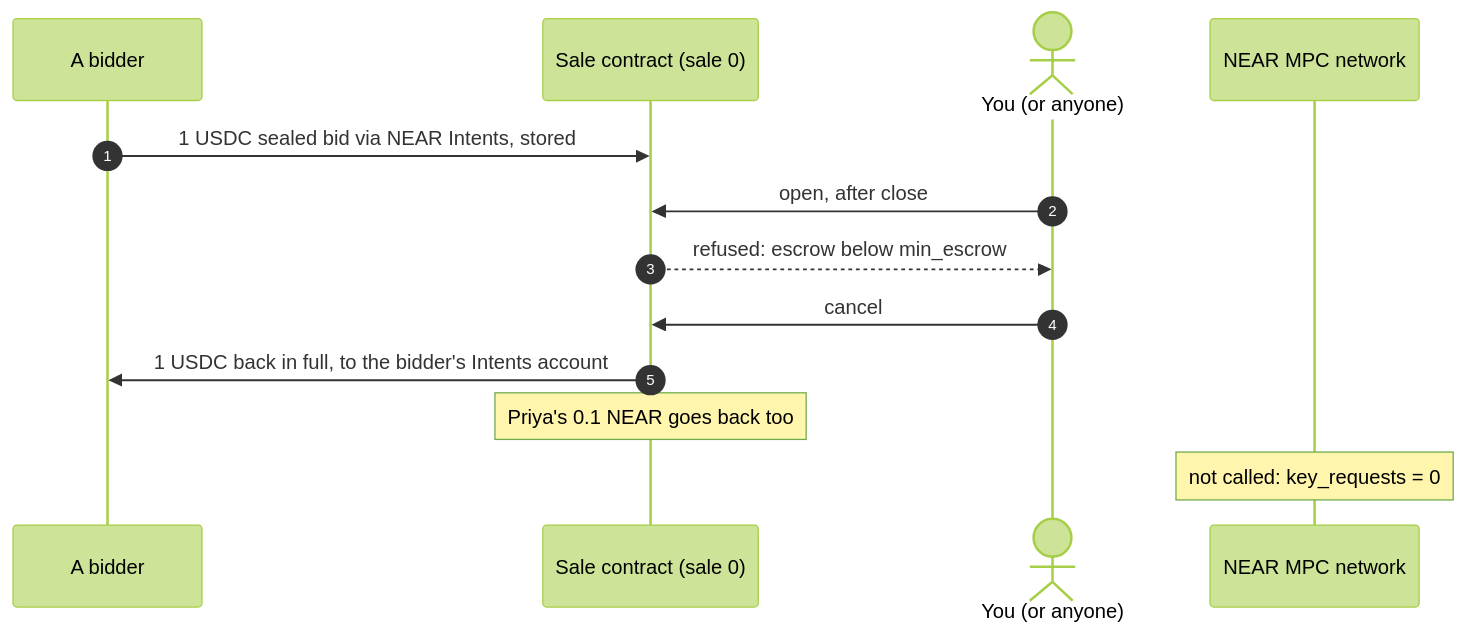
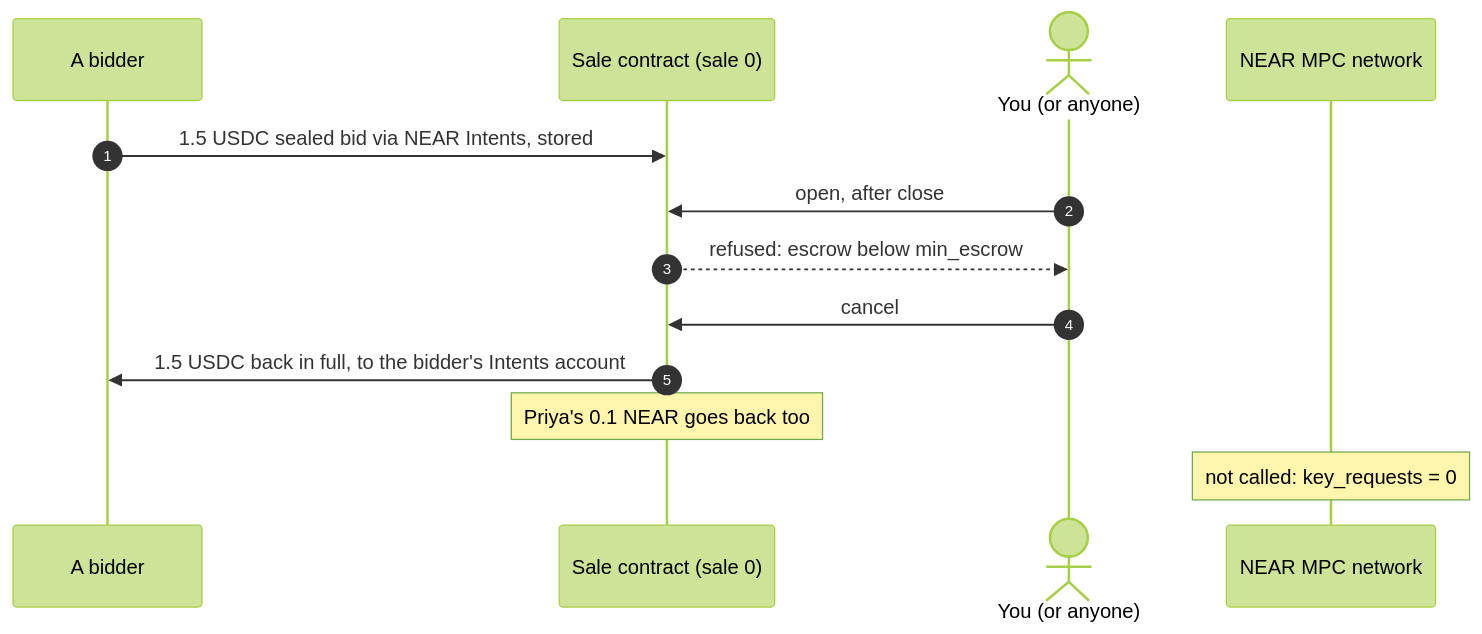
One commit to kocality/tender changed the fifth of 8 diagrams in README.md. Above: the diagram before and after it, drawn with Mermaid (forest theme). The commit also changed other lines of this file and 7 other files, not shown here.

````diff
--- a/README.md
+++ b/README.md
@@ -146,15 +152,15 @@
 ```mermaid
 sequenceDiagram
   autonumber
   participant B as A bidder
   participant C as Sale contract (sale 0)
   actor Y as You (or anyone)
   participant M as NEAR MPC network
-  B->>C: 1 USDC sealed bid via NEAR Intents, stored
+  B->>C: 1.5 USDC sealed bid via NEAR Intents, stored
   Y->>C: open, after close
   C-->>Y: refused: escrow below min_escrow
   Y->>C: cancel
-  C->>B: 1 USDC back in full, to the bidder's Intents account
+  C->>B: 1.5 USDC back in full, to the bidder's Intents account
   Note over C: Priya's 0.1 NEAR goes back too
   Note over M: not called: key_requests = 0
 ```
````
